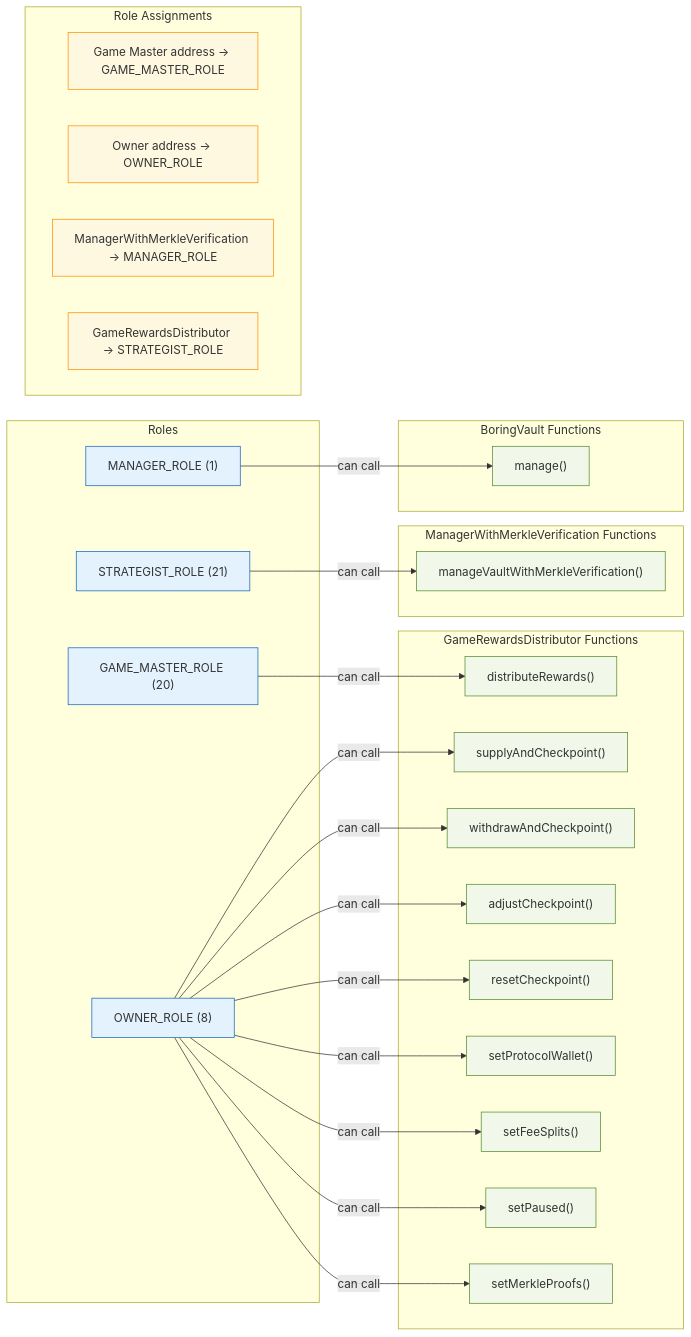
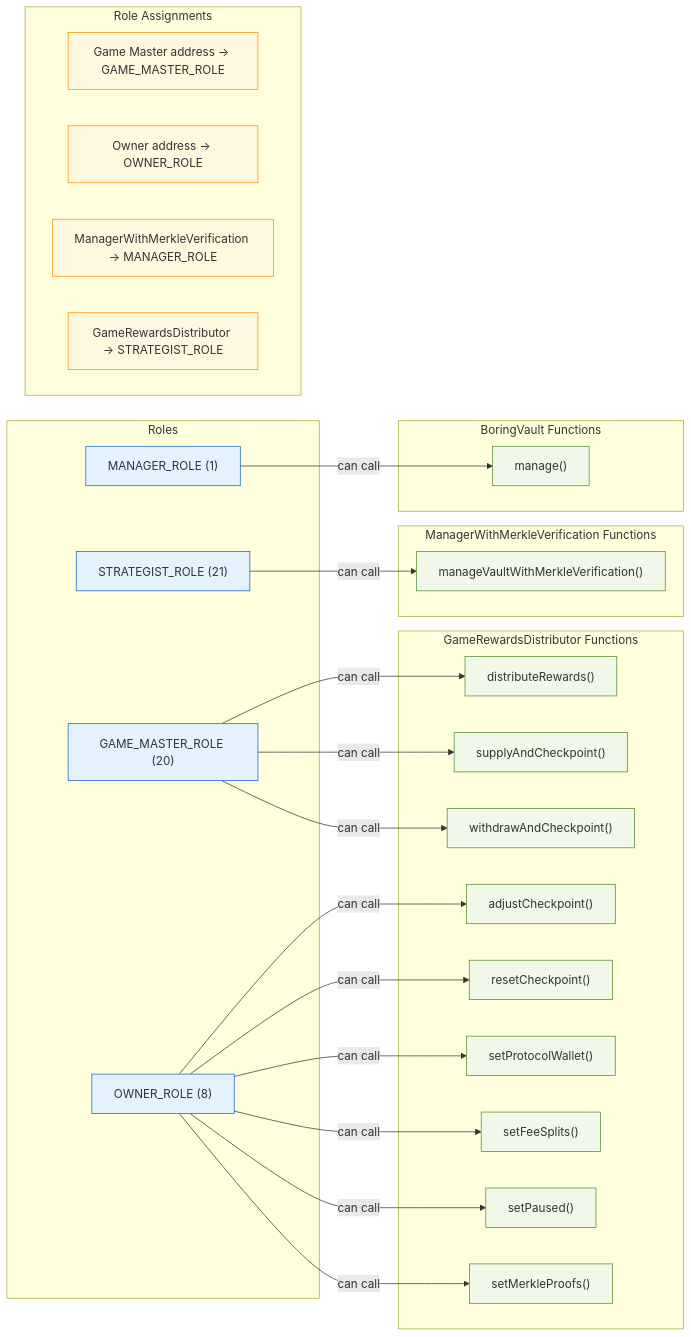
One commit to corbinpage/clawtogether-contracts changed the sixth of 7 diagrams in docs/architecture.md. Above: the diagram before and after it, drawn with Mermaid. The commit also changed other lines of this file and 3 other files, not shown here.

````diff
--- a/docs/architecture.md
+++ b/docs/architecture.md
@@ -225,59 +225,59 @@
 ```mermaid
 graph LR
     subgraph Roles
         GMR["GAME_MASTER_ROLE (20)"]
         OWR["OWNER_ROLE (8)"]
         MGR["MANAGER_ROLE (1)"]
         STRAT["STRATEGIST_ROLE (21)"]
     end
 
     subgraph "GameRewardsDistributor Functions"
         DR["distributeRewards()"]
         SAC["supplyAndCheckpoint()"]
         WAC["withdrawAndCheckpoint()"]
         AC["adjustCheckpoint()"]
         RC["resetCheckpoint()"]
         SPW["setProtocolWallet()"]
         SFS["setFeeSplits()"]
         SP["setPaused()"]
         SMP["setMerkleProofs()"]
     end
 
     subgraph "ManagerWithMerkleVerification Functions"
         MVM["manageVaultWithMerkleVerification()"]
     end
 
     subgraph "BoringVault Functions"
         MNG["manage()"]
     end
 
     GMR -->|"can call"| DR
-    OWR -->|"can call"| SAC
-    OWR -->|"can call"| WAC
+    GMR -->|"can call"| SAC
+    GMR -->|"can call"| WAC
     OWR -->|"can call"| AC
     OWR -->|"can call"| RC
     OWR -->|"can call"| SPW
     OWR -->|"can call"| SFS
     OWR -->|"can call"| SP
     OWR -->|"can call"| SMP
 
     STRAT -->|"can call"| MVM
 
     MGR -->|"can call"| MNG
 
     subgraph "Role Assignments"
         direction LR
         A1["Game Master address → GAME_MASTER_ROLE"]
         A2["Owner address → OWNER_ROLE"]
         A3["ManagerWithMerkleVerification → MANAGER_ROLE"]
         A4["GameRewardsDistributor → STRATEGIST_ROLE"]
     end
 
     classDef role fill:#e3f2fd,stroke:#1565c0
     classDef func fill:#f1f8e9,stroke:#558b2f
     classDef assignment fill:#fff8e1,stroke:#ff8f00
 
     class GMR,OWR,MGR,STRAT role
     class DR,SAC,WAC,AC,RC,SPW,SFS,SP,SMP,MVM,MNG func
     class A1,A2,A3,A4 assignment
 ```
````
